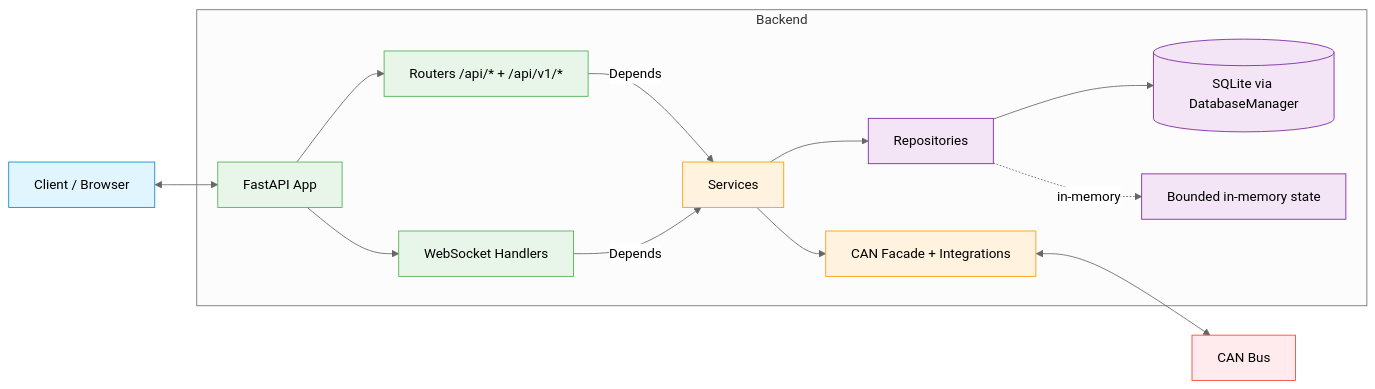
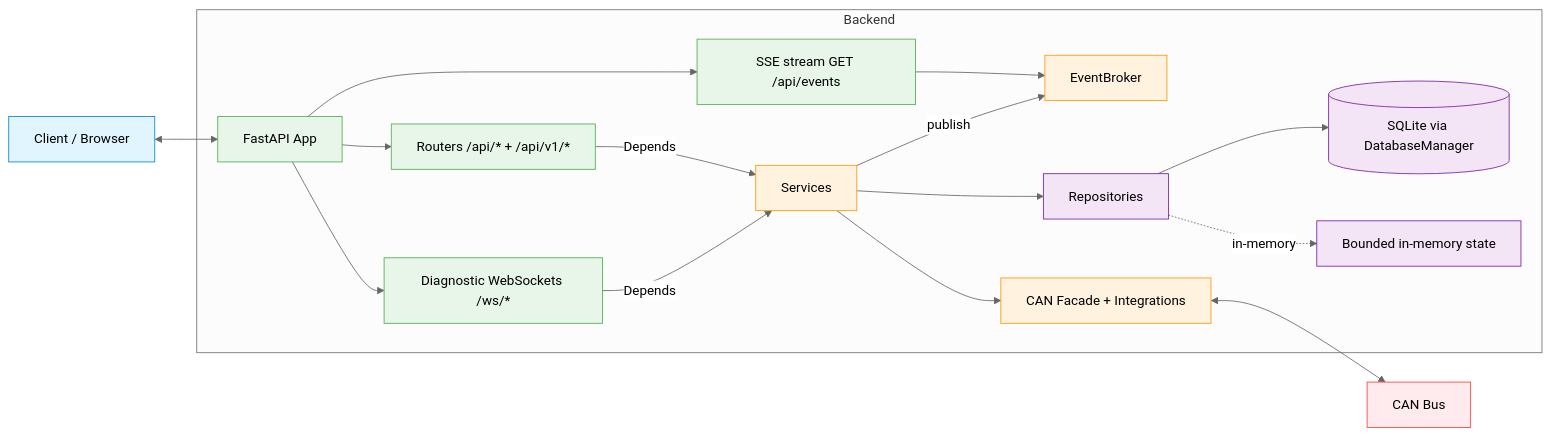
Before and after one commit to carpenike/coachiq: the diagram in docs/architecture/backend.md, drawn with Mermaid (neutral theme). The commit also changed other lines of this file and 32 other files, not shown here.

````diff
--- a/docs/architecture/backend.md
+++ b/docs/architecture/backend.md
@@ -48,32 +48,35 @@
 ```mermaid
 flowchart LR
     Client[Client / Browser] <--> FastAPI[FastAPI App]
 
     subgraph Backend
         FastAPI --> Routers[Routers /api/* + /api/v1/*]
-        FastAPI --> WS[WebSocket Handlers]
+        FastAPI --> SSE[SSE stream GET /api/events]
+        FastAPI --> WS[Diagnostic WebSockets /ws/*]
 
         Routers -->|Depends| Services[Services]
+        SSE --> Broker[EventBroker]
+        Services -->|publish| Broker
         WS -->|Depends| Services
 
         Services --> Repos[Repositories]
         Services --> CAN[CAN Facade + Integrations]
 
         Repos --> DB[(SQLite via DatabaseManager)]
         Repos -.in-memory.-> Memory[Bounded in-memory state]
     end
 
     CAN <--> CANBus[CAN Bus]
 
     classDef client fill:#E1F5FE,stroke:#0288D1
     classDef api fill:#E8F5E9,stroke:#4CAF50
     classDef logic fill:#FFF3E0,stroke:#FF9800
     classDef data fill:#F3E5F5,stroke:#7B1FA2
     classDef hw fill:#FFEBEE,stroke:#F44336
 
     class Client client
-    class FastAPI,Routers,WS api
-    class Services,CAN logic
+    class FastAPI,Routers,SSE,WS api
+    class Services,CAN,Broker logic
     class Repos,DB,Memory data
     class CANBus hw
 ```
````
